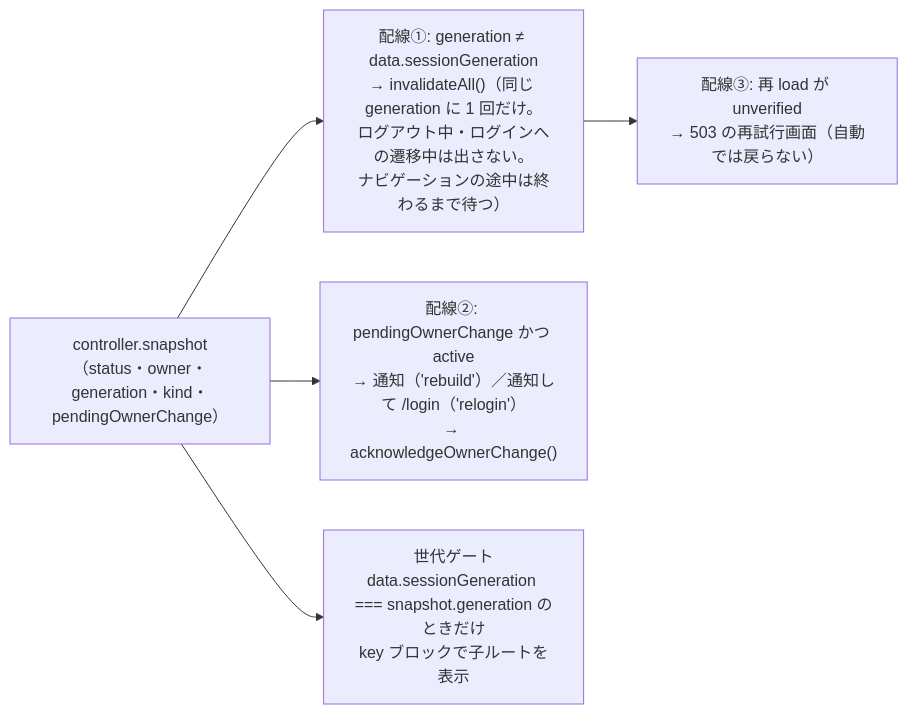
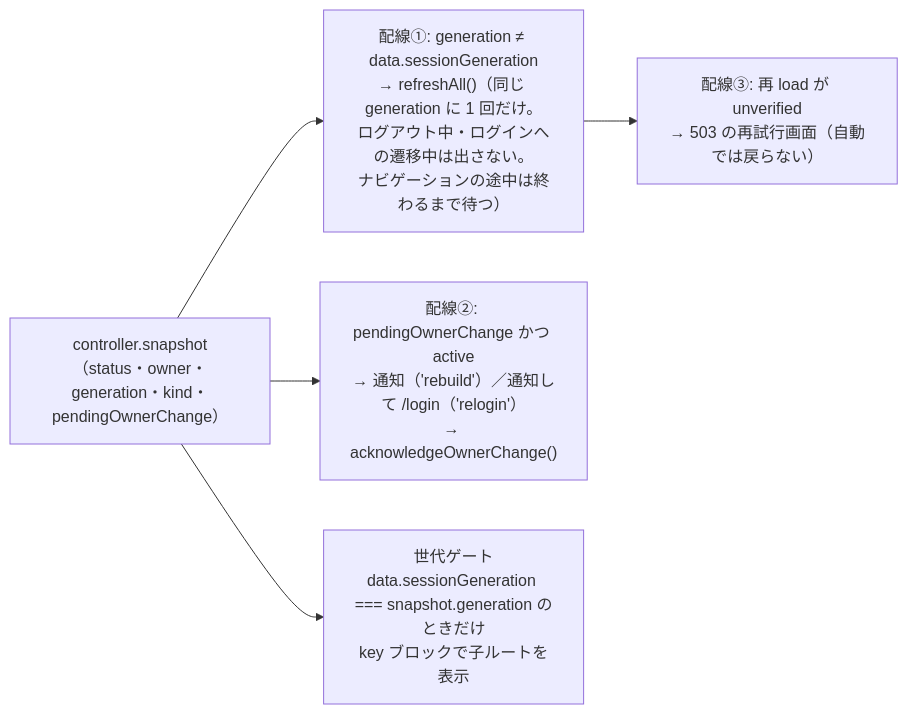
One commit to tyaro/banto changed the third of 11 diagrams in docs/architecture-flows.md. Above: the diagram before and after it, drawn with Mermaid. The commit also changed other lines of this file and 20 other files, not shown here.

````diff
--- a/docs/architecture-flows.md
+++ b/docs/architecture-flows.md
@@ -96,13 +96,13 @@
 ```mermaid
 flowchart LR
   SNAP["controller.snapshot<br/>（status・owner・generation・kind・pendingOwnerChange）"]
-  W1["配線①: generation ≠ data.sessionGeneration<br/>→ invalidateAll()（同じ generation に 1 回だけ。<br/>ログアウト中・ログインへの遷移中は出さない。<br/>ナビゲーションの途中は終わるまで待つ）"]
+  W1["配線①: generation ≠ data.sessionGeneration<br/>→ refreshAll()（同じ generation に 1 回だけ。<br/>ログアウト中・ログインへの遷移中は出さない。<br/>ナビゲーションの途中は終わるまで待つ）"]
   W2["配線②: pendingOwnerChange かつ active<br/>→ 通知（'rebuild'）／通知して /login（'relogin'）<br/>→ acknowledgeOwnerChange()"]
   W3["配線③: 再 load が unverified<br/>→ 503 の再試行画面（自動では戻らない）"]
   GATE["世代ゲート<br/>data.sessionGeneration === snapshot.generation のときだけ<br/>key ブロックで子ルートを表示"]
 
   SNAP --> W1
   SNAP --> W2
   W1 --> W3
   SNAP --> GATE
 ```
````
